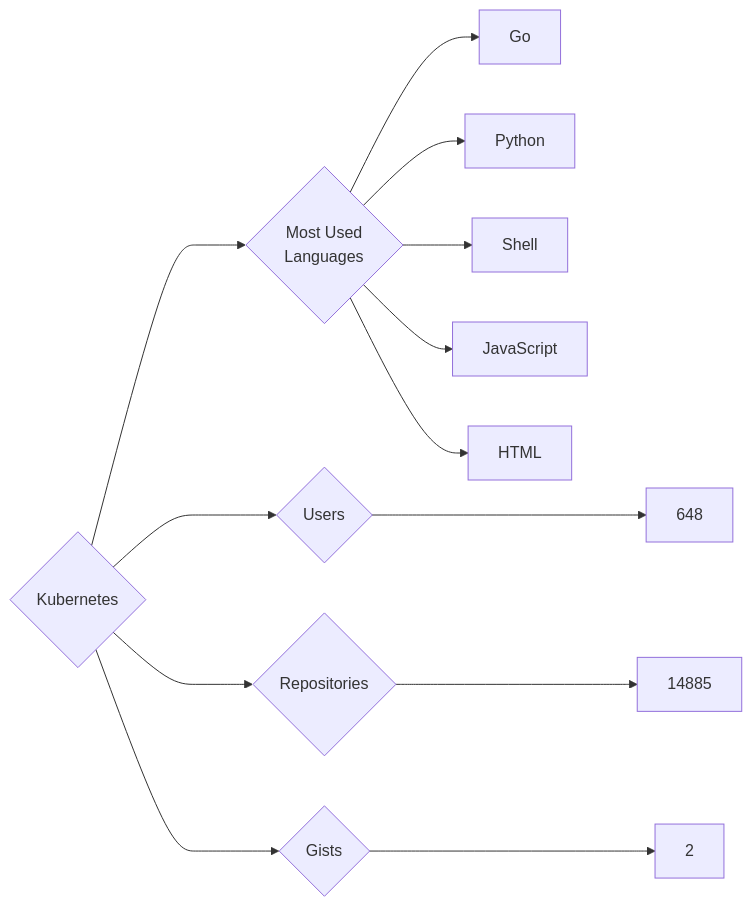
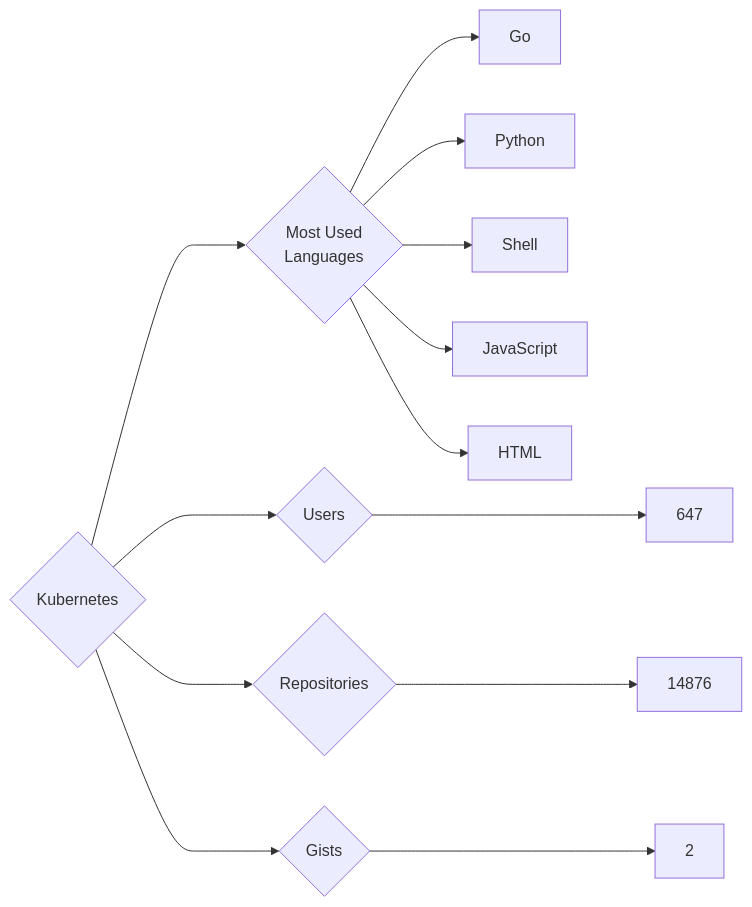
One commit to trickest/insiders changed the diagram in targets/Kubernetes/README.md. Above: the diagram before and after it, drawn with Mermaid. The commit also changed 965 other files, not shown here.

````diff
--- a/targets/Kubernetes/README.md
+++ b/targets/Kubernetes/README.md
@@ -3,13 +3,13 @@
 ```mermaid
 graph LR
 COMPANY_NAME{Kubernetes}
-COMPANY_NAME ---> U{Users} ---> UN[648]
-COMPANY_NAME ---> R{Repositories} ---> RN[14885]
+COMPANY_NAME ---> U{Users} ---> UN[647]
+COMPANY_NAME ---> R{Repositories} ---> RN[14876]
 COMPANY_NAME ---> G{Gists} ---> GN[2]
 COMPANY_NAME ---> ML{Most Used<br>Languages}
 ML --> Go[Go]
 ML --> Python[Python]
 ML --> Shell[Shell]
 ML --> JavaScript[JavaScript]
 ML --> HTML[HTML]
 ```
````
